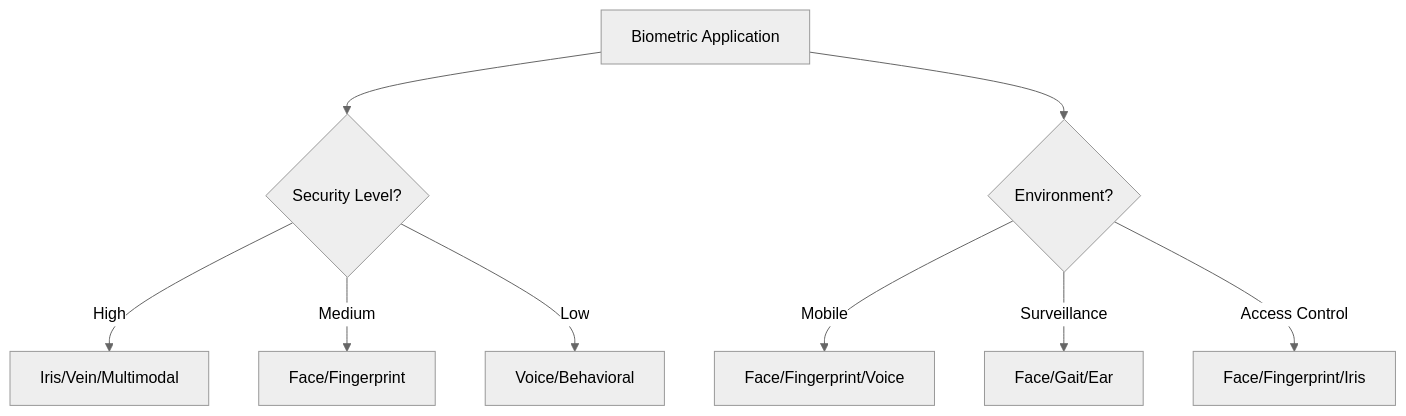
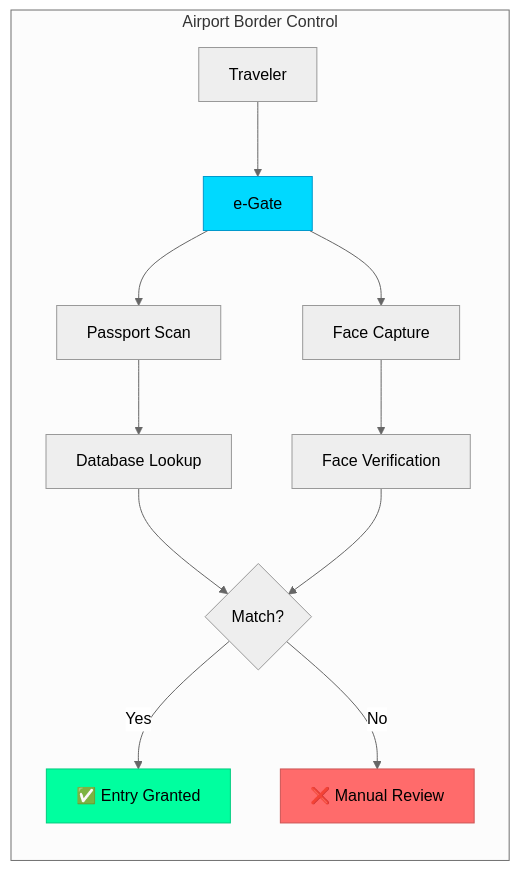
Before and after one commit to umitkacar/Problem-Solving-Code-Snippets-Resource-Curation: the fifth of 8 diagrams in Biometrics/README.md, drawn with Mermaid (neutral theme). The commit also changed other lines of this file and 23 other files, not shown here.

````diff
--- a/Biometrics/README.md
+++ b/Biometrics/README.md
@@ -49,12 +1157,18 @@
 ```mermaid
-graph TD
-    A[Biometric Application] --> B{Security Level?}
-    B -->|High| C[Iris/Vein/Multimodal]
-    B -->|Medium| D[Face/Fingerprint]
-    B -->|Low| E[Voice/Behavioral]
-    
-    A --> F{Environment?}
-    F -->|Mobile| G[Face/Fingerprint/Voice]
-    F -->|Surveillance| H[Face/Gait/Ear]
-    F -->|Access Control| I[Face/Fingerprint/Iris]
+graph LR
+    subgraph "Airport Border Control"
+        A[Traveler] --> B[e-Gate]
+        B --> C[Passport Scan]
+        B --> D[Face Capture]
+        C --> E[Database Lookup]
+        D --> F[Face Verification]
+        E --> G{Match?}
+        F --> G
+        G -->|Yes| H[✅ Entry Granted]
+        G -->|No| I[❌ Manual Review]
+    end
+
+    style B fill:#00D9FF,stroke:#0099CC
+    style H fill:#00FF9F,stroke:#00CC7F
+    style I fill:#FF6B6B,stroke:#CC5555
 ```
````
